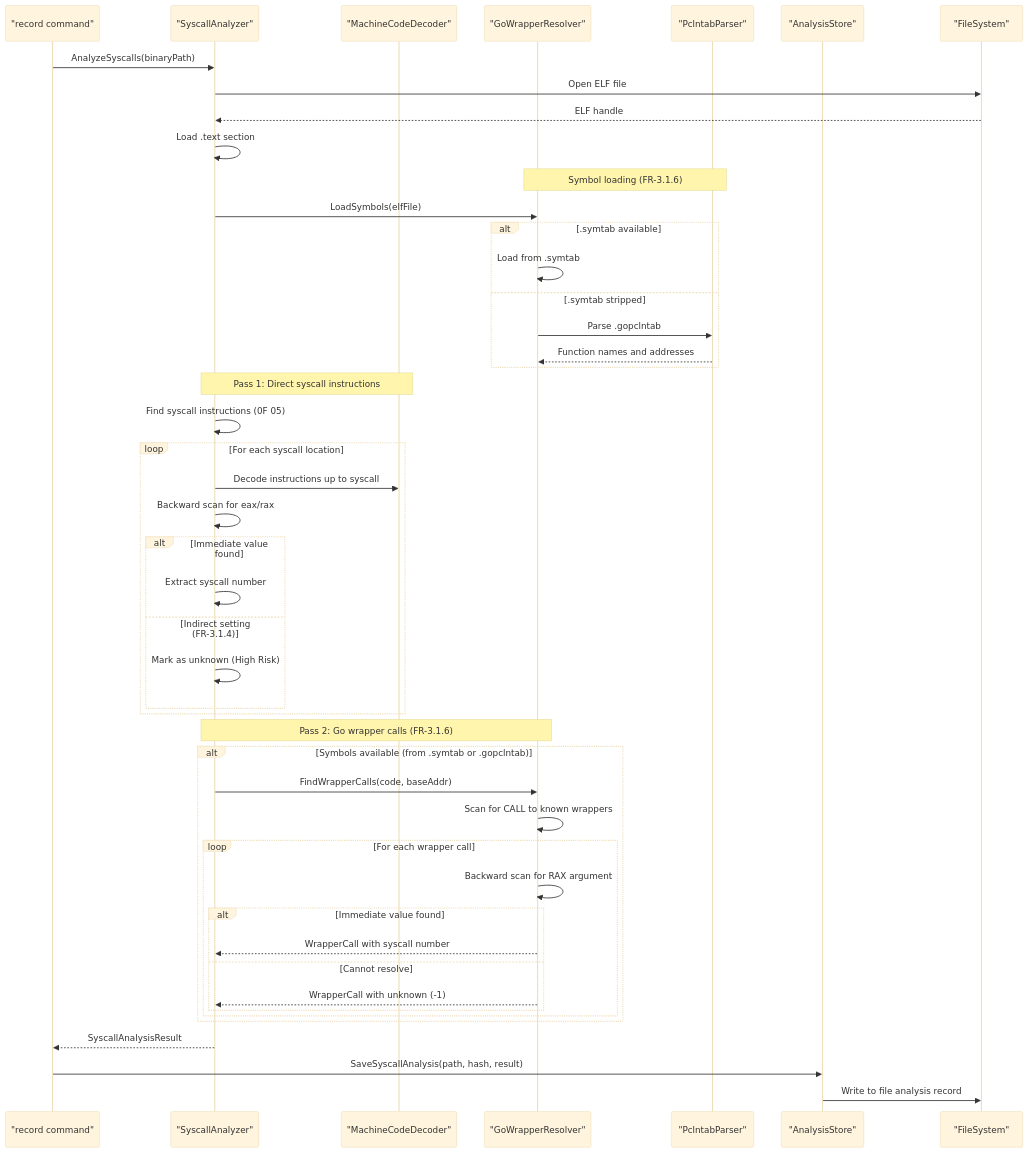
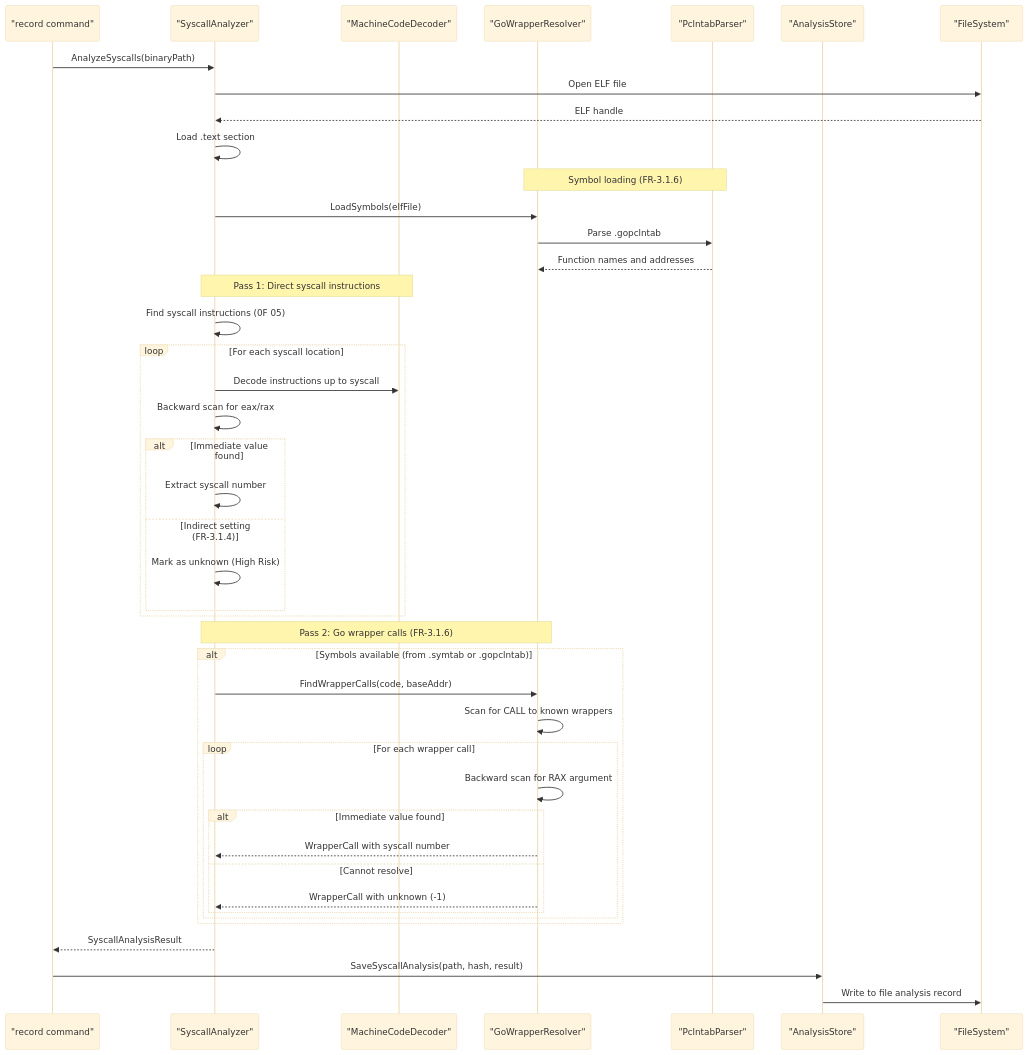
One commit to isseis/go-safe-cmd-runner changed the fifth of 18 diagrams in docs/tasks/0070_elf_syscall_analysis/02_architecture.md. Above: the diagram before and after it, drawn with Mermaid (base theme). The commit also changed other lines of this file and 2 other files, not shown here.

First line of the commit message:
elf: prefer .gopclntab for Go-wrapper symbol resolution

````diff
--- a/docs/tasks/0070_elf_syscall_analysis/02_architecture.md
+++ b/docs/tasks/0070_elf_syscall_analysis/02_architecture.md
@@ -144,54 +144,50 @@
 ```mermaid
 sequenceDiagram
     participant RC as "record command"
     participant SA as "SyscallAnalyzer"
     participant MD as "MachineCodeDecoder"
     participant GW as "GoWrapperResolver"
     participant PP as "PclntabParser"
     participant AS as "AnalysisStore"
     participant FS as "FileSystem"
 
     RC->>SA: AnalyzeSyscalls(binaryPath)
     SA->>FS: Open ELF file
     FS-->>SA: ELF handle
     SA->>SA: Load .text section
 
     Note over GW,PP: Symbol loading (FR-3.1.6)
     SA->>GW: LoadSymbols(elfFile)
-    alt .symtab available
-        GW->>GW: Load from .symtab
-    else .symtab stripped
-        GW->>PP: Parse .gopclntab
-        PP-->>GW: Function names and addresses
-    end
+    GW->>PP: Parse .gopclntab
+    PP-->>GW: Function names and addresses
 
     Note over SA,MD: Pass 1: Direct syscall instructions
     SA->>SA: Find syscall instructions (0F 05)
     loop For each syscall location
         SA->>MD: Decode instructions up to syscall
         SA->>SA: Backward scan for eax/rax
         alt Immediate value found
             SA->>SA: Extract syscall number
         else Indirect setting (FR-3.1.4)
             SA->>SA: Mark as unknown (High Risk)
         end
     end
 
     Note over SA,GW: Pass 2: Go wrapper calls (FR-3.1.6)
     alt Symbols available (from .symtab or .gopclntab)
         SA->>GW: FindWrapperCalls(code, baseAddr)
         GW->>GW: Scan for CALL to known wrappers
         loop For each wrapper call
             GW->>GW: Backward scan for RAX argument
             alt Immediate value found
                 GW-->>SA: WrapperCall with syscall number
             else Cannot resolve
                 GW-->>SA: WrapperCall with unknown (-1)
             end
         end
     end
 
     SA-->>RC: SyscallAnalysisResult
     RC->>AS: SaveSyscallAnalysis(path, hash, result)
     AS->>FS: Write to file analysis record
 ```
````
